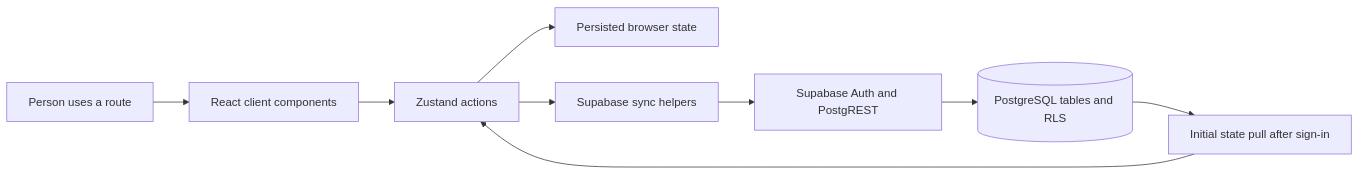
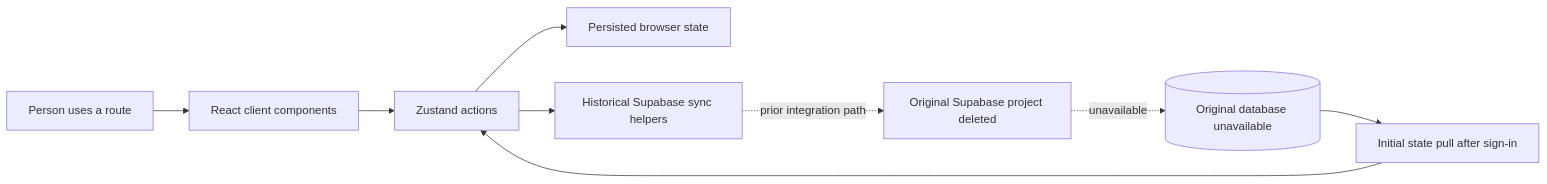
Before and after one commit to tharungajula2/daily-small-wins-old: the diagram in PROJECT_BLUEPRINT.md, drawn with Mermaid. The commit also changed other lines of this file and 1 other file, not shown here.

Commit message:
docs: note deleted Supabase backend

````diff
--- a/PROJECT_BLUEPRINT.md
+++ b/PROJECT_BLUEPRINT.md
@@ -48,11 +48,11 @@
 ```mermaid
 flowchart LR
   U[Person uses a route] --> C[React client components]
   C --> A[Zustand actions]
   A --> S[Persisted browser state]
-  A --> E[Supabase sync helpers]
-  E --> Q[Supabase Auth and PostgREST]
-  Q --> D[(PostgreSQL tables and RLS)]
+  A --> E[Historical Supabase sync helpers]
+  E -. prior integration path .-> Q[Original Supabase project deleted]
+  Q -. unavailable .-> D[(Original database unavailable)]
   D --> P[Initial state pull after sign-in]
   P --> A
 ```
````
